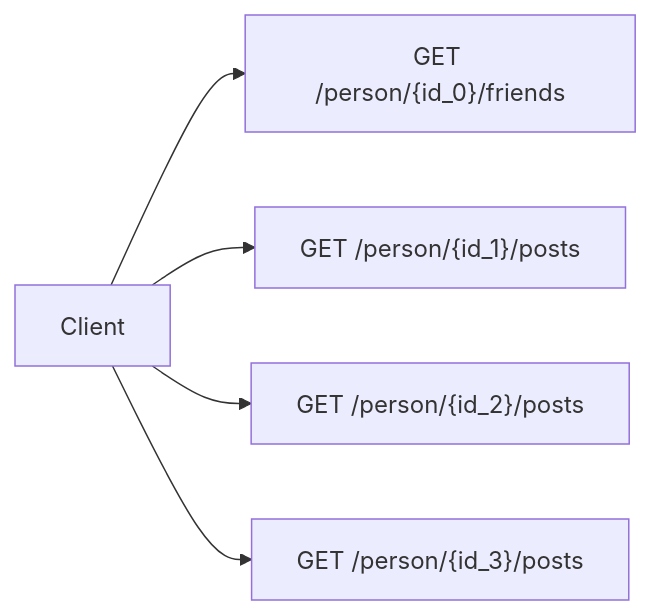
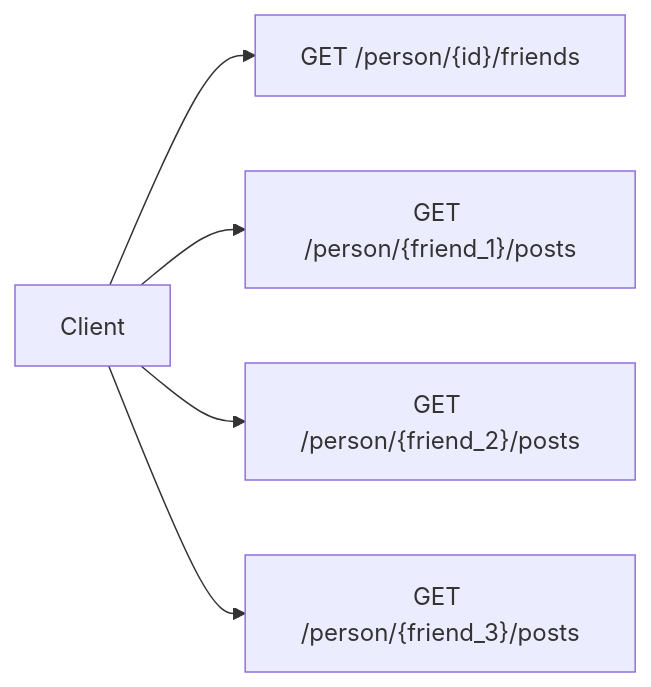
Before and after one commit to sonallux/graphql-getting-started-presentation: the first of 2 diagrams in slides.md, drawn with Mermaid. The commit also changed other lines of this file and 1 other file, not shown here.

Commit message:
Minor fixes

````diff
--- a/slides.md
+++ b/slides.md
@@ -264,7 +264,7 @@
 ```mermaid
 flowchart LR
-  Client --> friends["GET /person/{id_0}/friends"]
-  Client --> posts1["GET /person/{id_1}/posts"]
-  Client --> posts2["GET /person/{id_2}/posts"]
-  Client --> posts3["GET /person/{id_3}/posts"]
+  Client --> friends["GET /person/{id}/friends"]
+  Client --> posts1["GET /person/{friend_1}/posts"]
+  Client --> posts2["GET /person/{friend_2}/posts"]
+  Client --> posts3["GET /person/{friend_3}/posts"]
 ```
````
